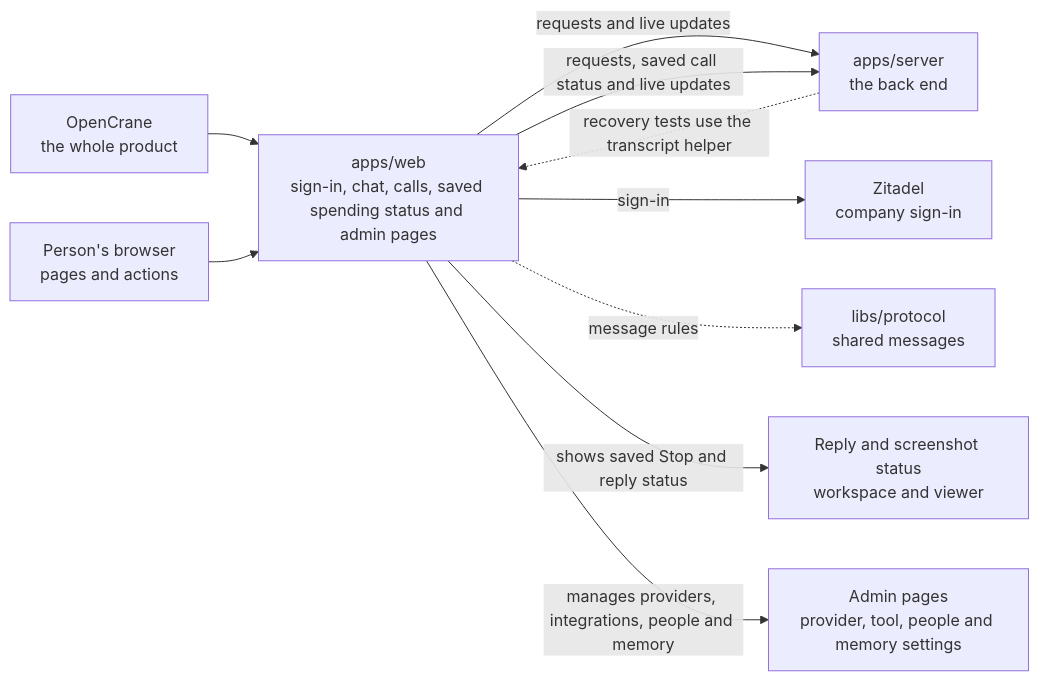
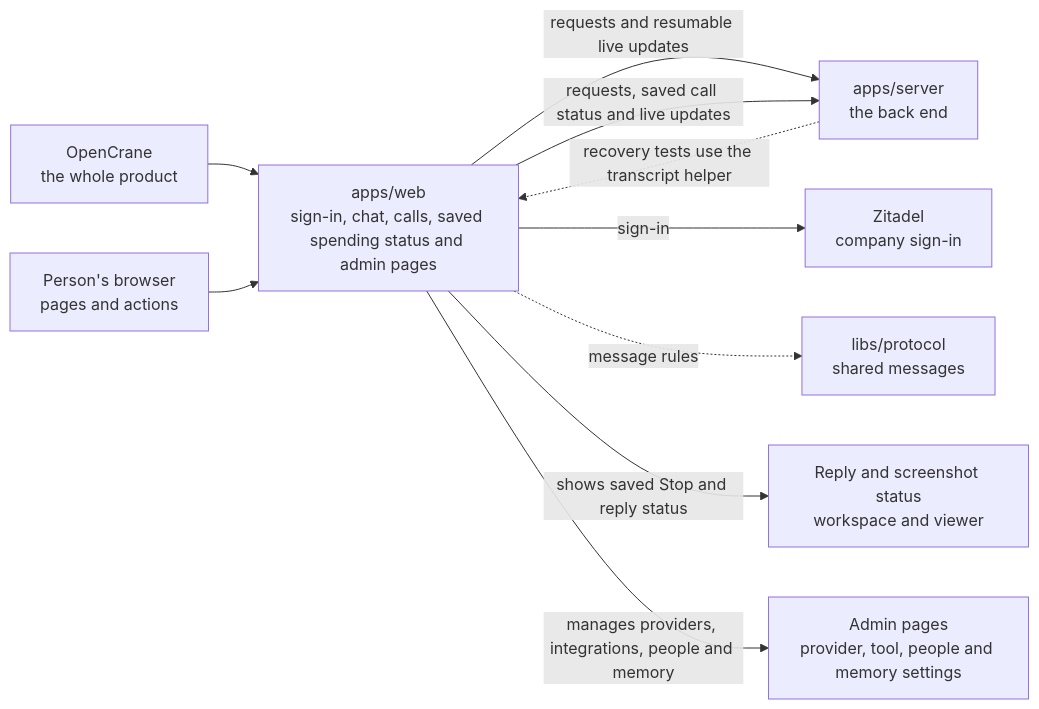
The diagram in apps/web/README.md (elewa-git/opencrane-new), drawn with Mermaid before and after one commit. The commit also changed other lines of this file and 8 other files, not shown here.

````diff
--- a/apps/web/README.md
+++ b/apps/web/README.md
@@ -16,12 +16,12 @@
 ```mermaid
 flowchart LR
   system["OpenCrane<br/>the whole product"] --> web["apps/web<br/>the website"]
   browser["Person's browser<br/>pages and actions"] --> web
-  web -->|requests and live updates| server["apps/server<br/>the back end"]
+  web -->|requests and resumable live updates| server["apps/server<br/>the back end"]
   server -.->|recovery tests use the transcript helper| web
   web["apps/web<br/>sign-in, chat, calls, saved spending status and admin pages"] -->|requests, saved call status and live updates| server["apps/server<br/>the back end"]
   web -->|sign-in| zitadel["Zitadel<br/>company sign-in"]
   web -.->|message rules| protocol["libs/protocol<br/>shared messages"]
   web -->|shows saved Stop and reply status| capture["Reply and screenshot status<br/>workspace and viewer"]
   web -->|manages providers, integrations, people and memory| admin["Admin pages<br/>provider, tool, people and memory settings"]
 ```
````
